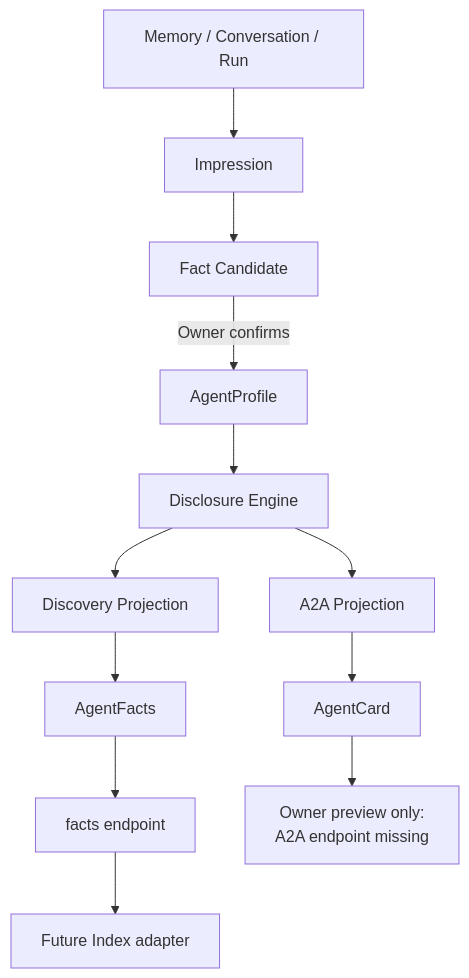
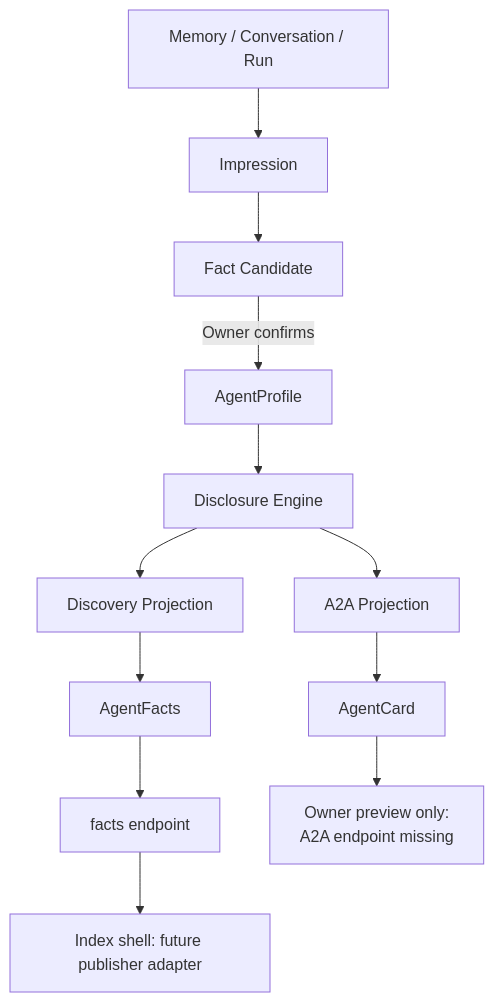
Before and after one commit to re35t/AegisLink: the diagram in docs/01-product/personal-agent-os-plan_cn.md, drawn with Mermaid. The commit also changed other lines of this file and 56 other files, not shown here.

````diff
--- a/docs/01-product/personal-agent-os-plan_cn.md
+++ b/docs/01-product/personal-agent-os-plan_cn.md
@@ -244,14 +244,14 @@
 ```mermaid
 flowchart TD
     sources["Memory / Conversation / Run"] --> impression["Impression"]
     impression --> candidate["Fact Candidate"]
     candidate -->|"Owner confirms"| profile["AgentProfile"]
     profile --> disclosure["Disclosure Engine"]
     disclosure --> discovery["Discovery Projection"]
     disclosure --> a2a["A2A Projection"]
     discovery --> facts["AgentFacts"]
     a2a --> card["AgentCard"]
     facts --> factsEndpoint["facts endpoint"]
     card --> blocker["Owner preview only:<br/>A2A endpoint missing"]
-    factsEndpoint --> index["Future Index adapter"]
+    factsEndpoint --> index["Index shell: future publisher adapter"]
 ```
````
